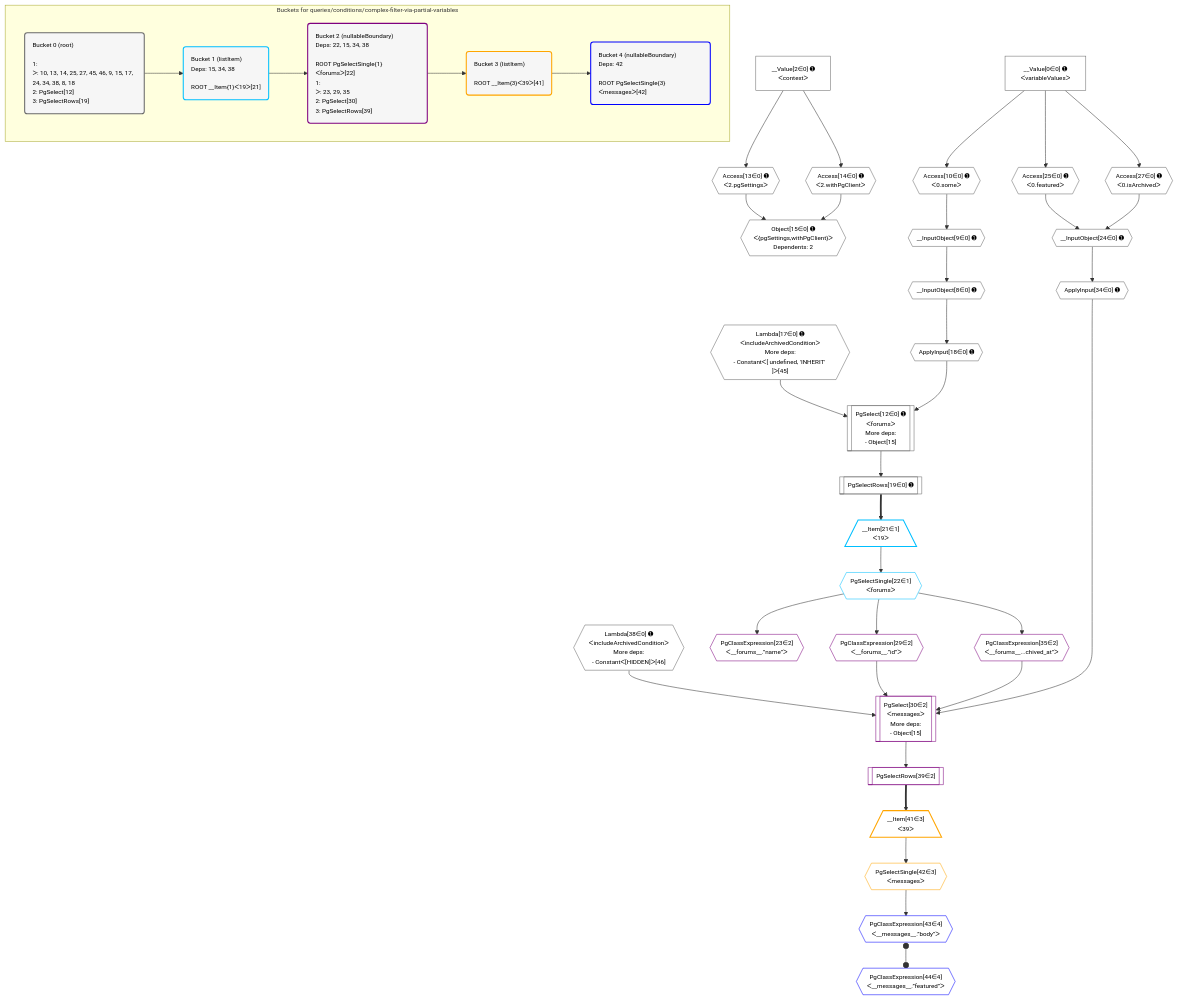
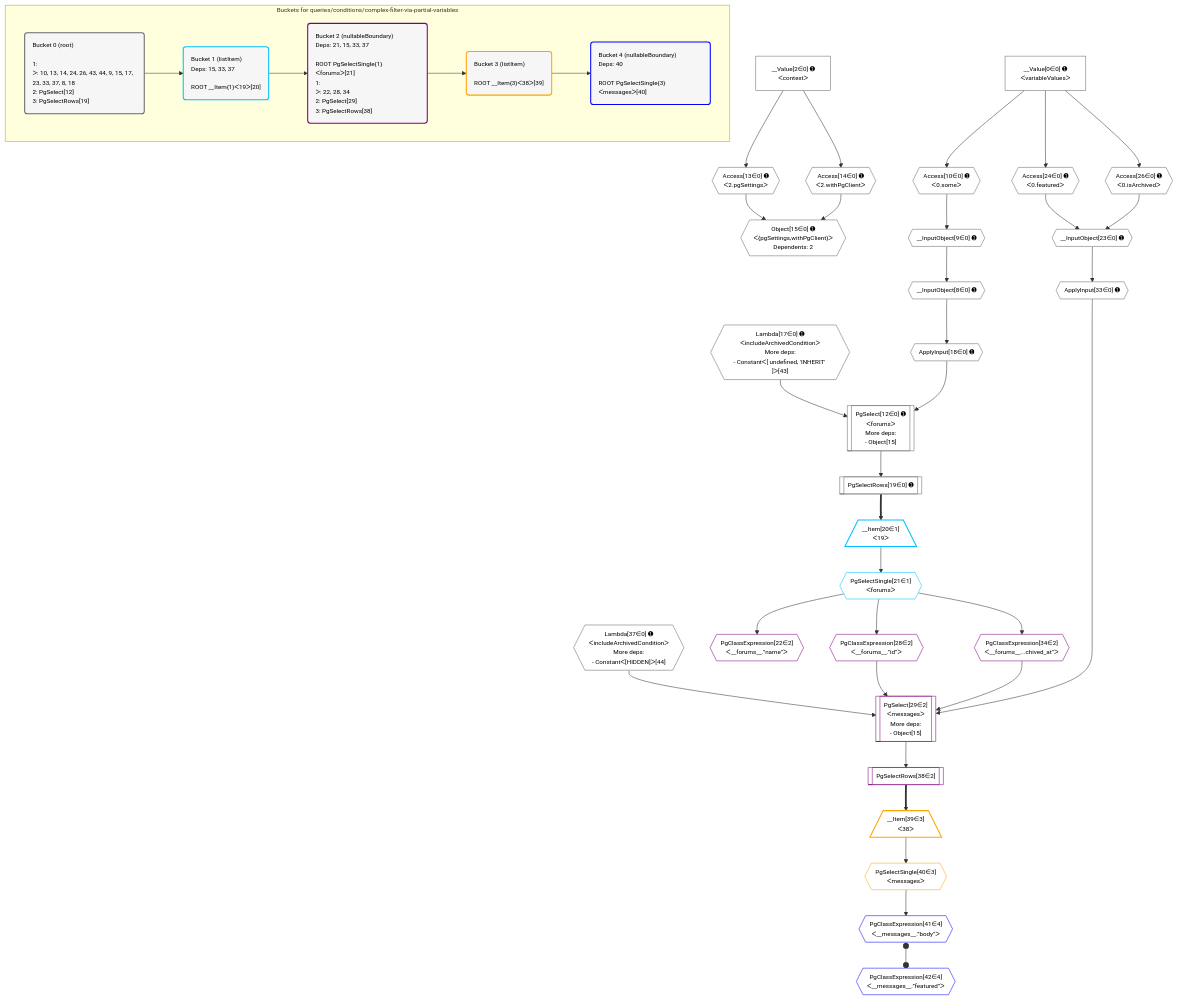
Before and after one commit to benjaie/crystal: the diagram in grafast/dataplan-pg/__tests__/queries/conditions/complex-filter-via-partial-variables.deopt.mermaid, drawn with Mermaid. The commit also changed 295 other files, not shown here.

```diff
--- a/grafast/dataplan-pg/__tests__/queries/conditions/complex-filter-via-partial-variables.deopt.mermaid
+++ b/grafast/dataplan-pg/__tests__/queries/conditions/complex-filter-via-partial-variables.deopt.mermaid
@@ -1,86 +1,86 @@
 %%{init: {'themeVariables': { 'fontSize': '12px'}}}%%
 graph TD
     classDef path fill:#eee,stroke:#000,color:#000
     classDef plan fill:#fff,stroke-width:1px,color:#000
     classDef itemplan fill:#fff,stroke-width:2px,color:#000
     classDef unbatchedplan fill:#dff,stroke-width:1px,color:#000
     classDef sideeffectplan fill:#fcc,stroke-width:2px,color:#000
     classDef bucket fill:#f6f6f6,color:#000,stroke-width:2px,text-align:left
 
     subgraph "Buckets for queries/conditions/complex-filter-via-partial-variables"
-    Bucket0("Bucket 0 (root)<br /><br />1: <br />ᐳ: 10, 13, 14, 25, 27, 45, 46, 9, 15, 17, 24, 34, 38, 8, 18<br />2: PgSelect[12]<br />3: PgSelectRows[19]"):::bucket
-    Bucket1("Bucket 1 (listItem)<br />Deps: 15, 34, 38<br /><br />ROOT __Item{1}ᐸ19ᐳ[21]"):::bucket
-    Bucket2("Bucket 2 (nullableBoundary)<br />Deps: 22, 15, 34, 38<br /><br />ROOT PgSelectSingle{1}ᐸforumsᐳ[22]<br />1: <br />ᐳ: 23, 29, 35<br />2: PgSelect[30]<br />3: PgSelectRows[39]"):::bucket
-    Bucket3("Bucket 3 (listItem)<br /><br />ROOT __Item{3}ᐸ39ᐳ[41]"):::bucket
-    Bucket4("Bucket 4 (nullableBoundary)<br />Deps: 42<br /><br />ROOT PgSelectSingle{3}ᐸmessagesᐳ[42]"):::bucket
+    Bucket0("Bucket 0 (root)<br /><br />1: <br />ᐳ: 10, 13, 14, 24, 26, 43, 44, 9, 15, 17, 23, 33, 37, 8, 18<br />2: PgSelect[12]<br />3: PgSelectRows[19]"):::bucket
+    Bucket1("Bucket 1 (listItem)<br />Deps: 15, 33, 37<br /><br />ROOT __Item{1}ᐸ19ᐳ[20]"):::bucket
+    Bucket2("Bucket 2 (nullableBoundary)<br />Deps: 21, 15, 33, 37<br /><br />ROOT PgSelectSingle{1}ᐸforumsᐳ[21]<br />1: <br />ᐳ: 22, 28, 34<br />2: PgSelect[29]<br />3: PgSelectRows[38]"):::bucket
+    Bucket3("Bucket 3 (listItem)<br /><br />ROOT __Item{3}ᐸ38ᐳ[39]"):::bucket
+    Bucket4("Bucket 4 (nullableBoundary)<br />Deps: 40<br /><br />ROOT PgSelectSingle{3}ᐸmessagesᐳ[40]"):::bucket
     end
     Bucket0 --> Bucket1
     Bucket1 --> Bucket2
     Bucket2 --> Bucket3
     Bucket3 --> Bucket4
 
     %% plan dependencies
     PgSelect12[["PgSelect[12∈0] ➊<br />ᐸforumsᐳ<br />More deps:<br />- Object[15]"]]:::plan
-    Lambda17{{"Lambda[17∈0] ➊<br />ᐸincludeArchivedConditionᐳ<br />More deps:<br />- Constantᐸ[ undefined, 'INHERIT' ]ᐳ[45]"}}:::plan
+    Lambda17{{"Lambda[17∈0] ➊<br />ᐸincludeArchivedConditionᐳ<br />More deps:<br />- Constantᐸ[ undefined, 'INHERIT' ]ᐳ[43]"}}:::plan
     ApplyInput18{{"ApplyInput[18∈0] ➊"}}:::plan
     Lambda17 & ApplyInput18 --> PgSelect12
     Object15{{"Object[15∈0] ➊<br />ᐸ{pgSettings,withPgClient}ᐳ<br />Dependents: 2"}}:::plan
     Access13{{"Access[13∈0] ➊<br />ᐸ2.pgSettingsᐳ"}}:::plan
     Access14{{"Access[14∈0] ➊<br />ᐸ2.withPgClientᐳ"}}:::plan
     Access13 & Access14 --> Object15
-    __InputObject24{{"__InputObject[24∈0] ➊"}}:::plan
-    Access25{{"Access[25∈0] ➊<br />ᐸ0.featuredᐳ"}}:::plan
-    Access27{{"Access[27∈0] ➊<br />ᐸ0.isArchivedᐳ"}}:::plan
-    Access25 & Access27 --> __InputObject24
+    __InputObject23{{"__InputObject[23∈0] ➊"}}:::plan
+    Access24{{"Access[24∈0] ➊<br />ᐸ0.featuredᐳ"}}:::plan
+    Access26{{"Access[26∈0] ➊<br />ᐸ0.isArchivedᐳ"}}:::plan
+    Access24 & Access26 --> __InputObject23
     __InputObject8{{"__InputObject[8∈0] ➊"}}:::plan
     __InputObject9{{"__InputObject[9∈0] ➊"}}:::plan
     __InputObject9 --> __InputObject8
     Access10{{"Access[10∈0] ➊<br />ᐸ0.someᐳ"}}:::plan
     Access10 --> __InputObject9
     __Value0["__Value[0∈0] ➊<br />ᐸvariableValuesᐳ"]:::plan
     __Value0 --> Access10
     __Value2["__Value[2∈0] ➊<br />ᐸcontextᐳ"]:::plan
     __Value2 --> Access13
     __Value2 --> Access14
     __InputObject8 --> ApplyInput18
     PgSelectRows19[["PgSelectRows[19∈0] ➊"]]:::plan
     PgSelect12 --> PgSelectRows19
-    __Value0 --> Access25
-    __Value0 --> Access27
-    ApplyInput34{{"ApplyInput[34∈0] ➊"}}:::plan
-    __InputObject24 --> ApplyInput34
-    Lambda38{{"Lambda[38∈0] ➊<br />ᐸincludeArchivedConditionᐳ<br />More deps:<br />- Constantᐸ[HIDDEN]ᐳ[46]"}}:::plan
-    __Item21[/"__Item[21∈1]<br />ᐸ19ᐳ"\]:::itemplan
-    PgSelectRows19 ==> __Item21
-    PgSelectSingle22{{"PgSelectSingle[22∈1]<br />ᐸforumsᐳ"}}:::plan
-    __Item21 --> PgSelectSingle22
-    PgSelect30[["PgSelect[30∈2]<br />ᐸmessagesᐳ<br />More deps:<br />- Object[15]"]]:::plan
-    PgClassExpression29{{"PgClassExpression[29∈2]<br />ᐸ__forums__.”id”ᐳ"}}:::plan
-    PgClassExpression35{{"PgClassExpression[35∈2]<br />ᐸ__forums__...chived_at”ᐳ"}}:::plan
-    PgClassExpression29 & ApplyInput34 & PgClassExpression35 & Lambda38 --> PgSelect30
-    PgClassExpression23{{"PgClassExpression[23∈2]<br />ᐸ__forums__.”name”ᐳ"}}:::plan
-    PgSelectSingle22 --> PgClassExpression23
-    PgSelectSingle22 --> PgClassExpression29
-    PgSelectSingle22 --> PgClassExpression35
-    PgSelectRows39[["PgSelectRows[39∈2]"]]:::plan
-    PgSelect30 --> PgSelectRows39
-    __Item41[/"__Item[41∈3]<br />ᐸ39ᐳ"\]:::itemplan
-    PgSelectRows39 ==> __Item41
-    PgSelectSingle42{{"PgSelectSingle[42∈3]<br />ᐸmessagesᐳ"}}:::plan
-    __Item41 --> PgSelectSingle42
-    PgClassExpression43{{"PgClassExpression[43∈4]<br />ᐸ__messages__.”body”ᐳ"}}:::plan
-    PgSelectSingle42 --> PgClassExpression43
-    PgClassExpression44{{"PgClassExpression[44∈4]<br />ᐸ__messages__.”featured”ᐳ"}}:::plan
-    PgClassExpression43 o--o PgClassExpression44
+    __Value0 --> Access24
+    __Value0 --> Access26
+    ApplyInput33{{"ApplyInput[33∈0] ➊"}}:::plan
+    __InputObject23 --> ApplyInput33
+    Lambda37{{"Lambda[37∈0] ➊<br />ᐸincludeArchivedConditionᐳ<br />More deps:<br />- Constantᐸ[HIDDEN]ᐳ[44]"}}:::plan
+    __Item20[/"__Item[20∈1]<br />ᐸ19ᐳ"\]:::itemplan
+    PgSelectRows19 ==> __Item20
+    PgSelectSingle21{{"PgSelectSingle[21∈1]<br />ᐸforumsᐳ"}}:::plan
+    __Item20 --> PgSelectSingle21
+    PgSelect29[["PgSelect[29∈2]<br />ᐸmessagesᐳ<br />More deps:<br />- Object[15]"]]:::plan
+    PgClassExpression28{{"PgClassExpression[28∈2]<br />ᐸ__forums__.”id”ᐳ"}}:::plan
+    PgClassExpression34{{"PgClassExpression[34∈2]<br />ᐸ__forums__...chived_at”ᐳ"}}:::plan
+    PgClassExpression28 & ApplyInput33 & PgClassExpression34 & Lambda37 --> PgSelect29
+    PgClassExpression22{{"PgClassExpression[22∈2]<br />ᐸ__forums__.”name”ᐳ"}}:::plan
+    PgSelectSingle21 --> PgClassExpression22
+    PgSelectSingle21 --> PgClassExpression28
+    PgSelectSingle21 --> PgClassExpression34
+    PgSelectRows38[["PgSelectRows[38∈2]"]]:::plan
+    PgSelect29 --> PgSelectRows38
+    __Item39[/"__Item[39∈3]<br />ᐸ38ᐳ"\]:::itemplan
+    PgSelectRows38 ==> __Item39
+    PgSelectSingle40{{"PgSelectSingle[40∈3]<br />ᐸmessagesᐳ"}}:::plan
+    __Item39 --> PgSelectSingle40
+    PgClassExpression41{{"PgClassExpression[41∈4]<br />ᐸ__messages__.”body”ᐳ"}}:::plan
+    PgSelectSingle40 --> PgClassExpression41
+    PgClassExpression42{{"PgClassExpression[42∈4]<br />ᐸ__messages__.”featured”ᐳ"}}:::plan
+    PgClassExpression41 o--o PgClassExpression42
 
     %% define steps
     classDef bucket0 stroke:#696969
-    class Bucket0,__Value0,__Value2,__InputObject8,__InputObject9,Access10,PgSelect12,Access13,Access14,Object15,Lambda17,ApplyInput18,PgSelectRows19,__InputObject24,Access25,Access27,ApplyInput34,Lambda38 bucket0
+    class Bucket0,__Value0,__Value2,__InputObject8,__InputObject9,Access10,PgSelect12,Access13,Access14,Object15,Lambda17,ApplyInput18,PgSelectRows19,__InputObject23,Access24,Access26,ApplyInput33,Lambda37 bucket0
     classDef bucket1 stroke:#00bfff
-    class Bucket1,__Item21,PgSelectSingle22 bucket1
+    class Bucket1,__Item20,PgSelectSingle21 bucket1
     classDef bucket2 stroke:#7f007f
-    class Bucket2,PgClassExpression23,PgClassExpression29,PgSelect30,PgClassExpression35,PgSelectRows39 bucket2
+    class Bucket2,PgClassExpression22,PgClassExpression28,PgSelect29,PgClassExpression34,PgSelectRows38 bucket2
     classDef bucket3 stroke:#ffa500
-    class Bucket3,__Item41,PgSelectSingle42 bucket3
+    class Bucket3,__Item39,PgSelectSingle40 bucket3
     classDef bucket4 stroke:#0000ff
-    class Bucket4,PgClassExpression43,PgClassExpression44 bucket4
+    class Bucket4,PgClassExpression41,PgClassExpression42 bucket4
```
